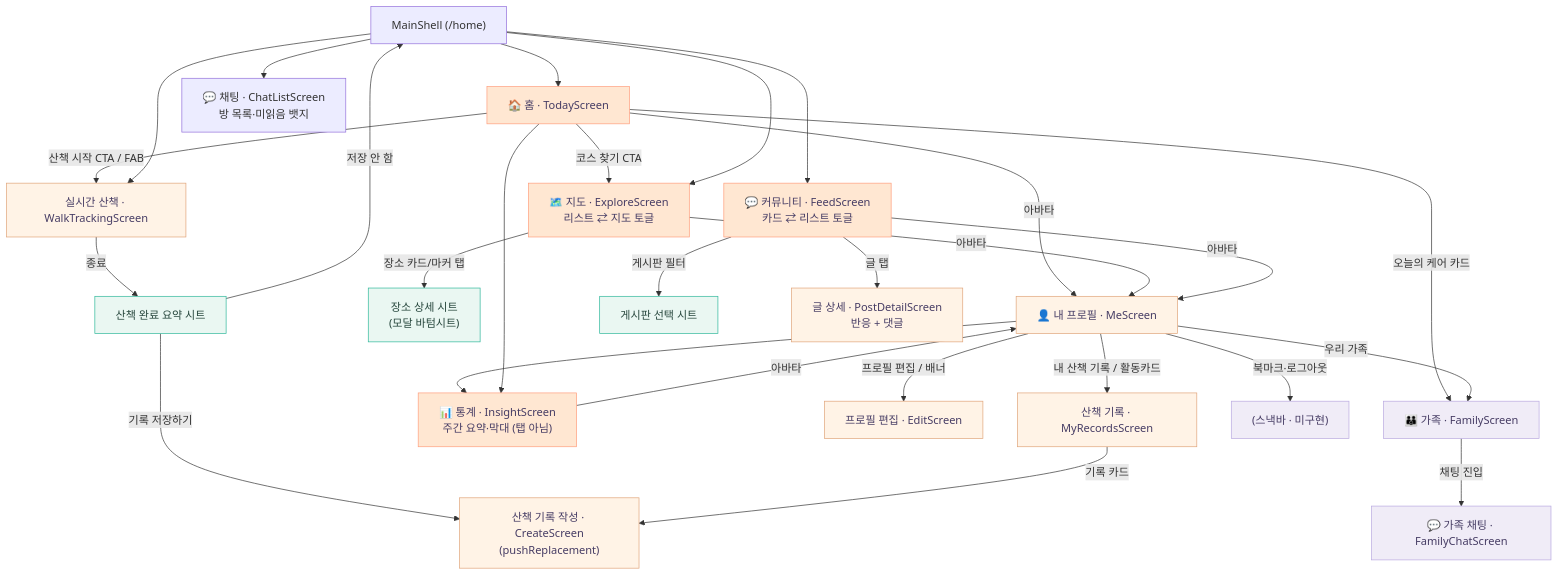
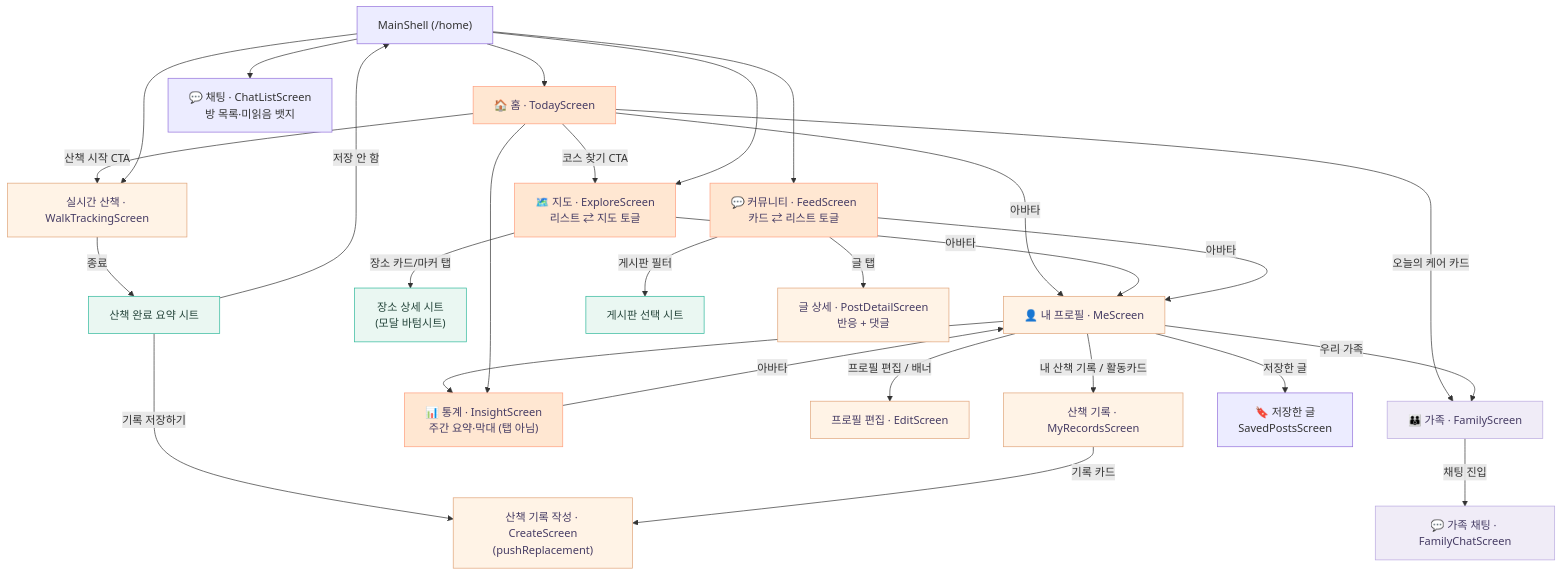
The second of 8 diagrams in docs/01-design/information-architecture.md (sanghyunbang/pawloop), drawn with Mermaid before and after one commit. The commit also changed other lines of this file and 10 other files, not shown here.

````diff
--- a/docs/01-design/information-architecture.md
+++ b/docs/01-design/information-architecture.md
@@ -61,52 +61,52 @@
 ```mermaid
 graph TD
     Shell["MainShell (/home)"]
 
     %% 홈
     Shell --> Home["🏠 홈 · TodayScreen"]
-    Home -->|산책 시작 CTA / FAB| WalkT["실시간 산책 · WalkTrackingScreen"]
+    Home -->|"산책 시작" CTA| WalkT["실시간 산책 · WalkTrackingScreen"]
     Home -->|코스 찾기 CTA| Map
     Home -->|아바타| Me
     Home -->|오늘의 케어 카드| Family
 
     %% 지도
     Shell --> Map["🗺️ 지도 · ExploreScreen<br/>리스트 ⇄ 지도 토글"]
     Map -->|장소 카드/마커 탭| PlaceSheet["장소 상세 시트<br/>(모달 바텀시트)"]
     Map -->|아바타| Me
 
-    %% 산책 기록 FAB
+    %% 산책 기록 — 홈의 CTA 로 연다
     Shell --> WalkT
     WalkT -->|종료| FinishSheet["산책 완료 요약 시트"]
     FinishSheet -->|기록 저장하기| Create["산책 기록 작성 · CreateScreen<br/>(pushReplacement)"]
     FinishSheet -->|저장 안 함| Shell
 
     %% 커뮤니티
     Shell --> Feed["💬 커뮤니티 · FeedScreen<br/>카드 ⇄ 리스트 토글"]
     Feed -->|게시판 필터| BoardSheet["게시판 선택 시트"]
     Feed -->|글 탭| PostDetail["글 상세 · PostDetailScreen<br/>반응 + 댓글"]
     Feed -->|아바타| Me
 
     %% 통계
     Shell --> Chat["💬 채팅 · ChatListScreen<br/>방 목록·미읽음 뱃지"]
     Me --> Insight["📊 통계 · InsightScreen<br/>주간 요약·막대 (탭 아님)"]
     Home --> Insight
     Insight -->|아바타| Me
 
     %% 프로필(글로벌)
     Me["👤 내 프로필 · MeScreen"]
     Me -->|프로필 편집 / 배너| Edit["프로필 편집 · EditScreen"]
     Me -->|내 산책 기록 / 활동카드| Records["산책 기록 · MyRecordsScreen"]
     Records -->|기록 카드| Create
-    Me -->|북마크·로그아웃| Snack["(스낵바 · 미구현)"]
+    Me -->|저장한 글| Saved["🔖 저장한 글<br/>SavedPostsScreen"]
     Me -->|우리 가족| Family["👪 가족 · FamilyScreen"]
     Family -->|채팅 진입| FamChat["💬 가족 채팅 · FamilyChatScreen"]
 
     classDef tab fill:#FFE7D2,stroke:#FF9E7D,color:#463C64;
     classDef push fill:#FFF3E6,stroke:#E0A47A,color:#463C64;
     classDef sheet fill:#EAF7F2,stroke:#2FB89B,color:#26463C;
     classDef stub fill:#F0ECF7,stroke:#B9A9E0,color:#463C64;
     class Home,Map,Feed,Insight tab;
     class WalkT,Create,PostDetail,Me,Edit,Records push;
     class PlaceSheet,FinishSheet,BoardSheet sheet;
     class Snack,Stub,Family,FamChat stub;
 ```
````
